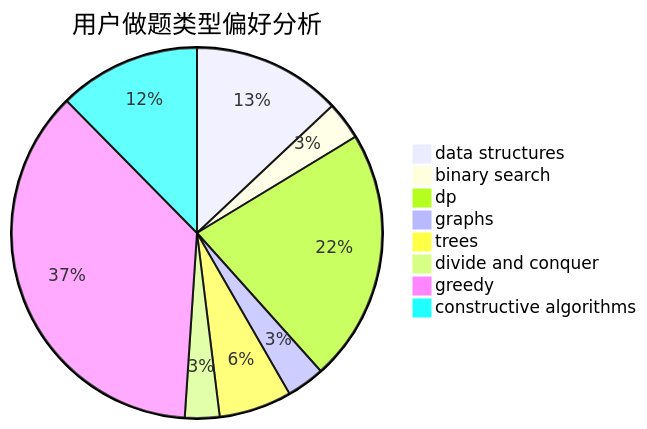
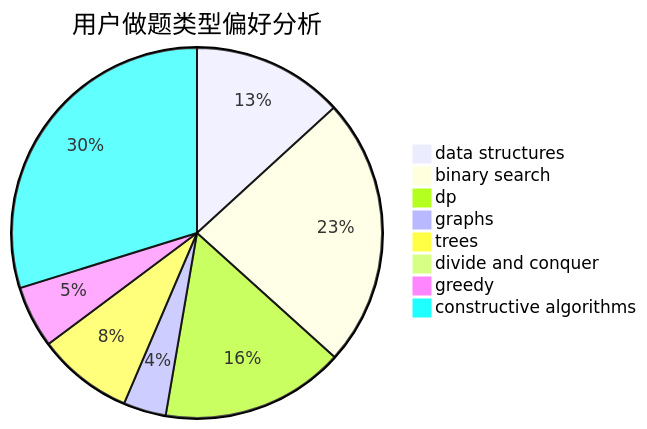
The second of 3 diagrams in docs/user/u616.md (sherpahu/cfrs.github.io), drawn with Mermaid before and after one commit. The commit also changed other lines of this file and 2770 other files, not shown here.

````diff
--- a/docs/user/u616.md
+++ b/docs/user/u616.md
@@ -23,11 +23,11 @@
 ```mermaid
 pie title 用户做题类型偏好分析
-    "data structures" :  43
-    "binary search" :  11
-    "dp" :  73
-    "graphs" :  11
-    "trees" :  21
-    "divide and conquer" :  10
-    "greedy" :  121
-    "constructive algorithms" :  41
+    "data structures" :  117
+    "binary search" :  208
+    "dp" :  142
+    "graphs" :  33
+    "trees" :  74
+    "divide and conquer" :  0
+    "greedy" :  48
+    "constructive algorithms" :  264
 ```
````
